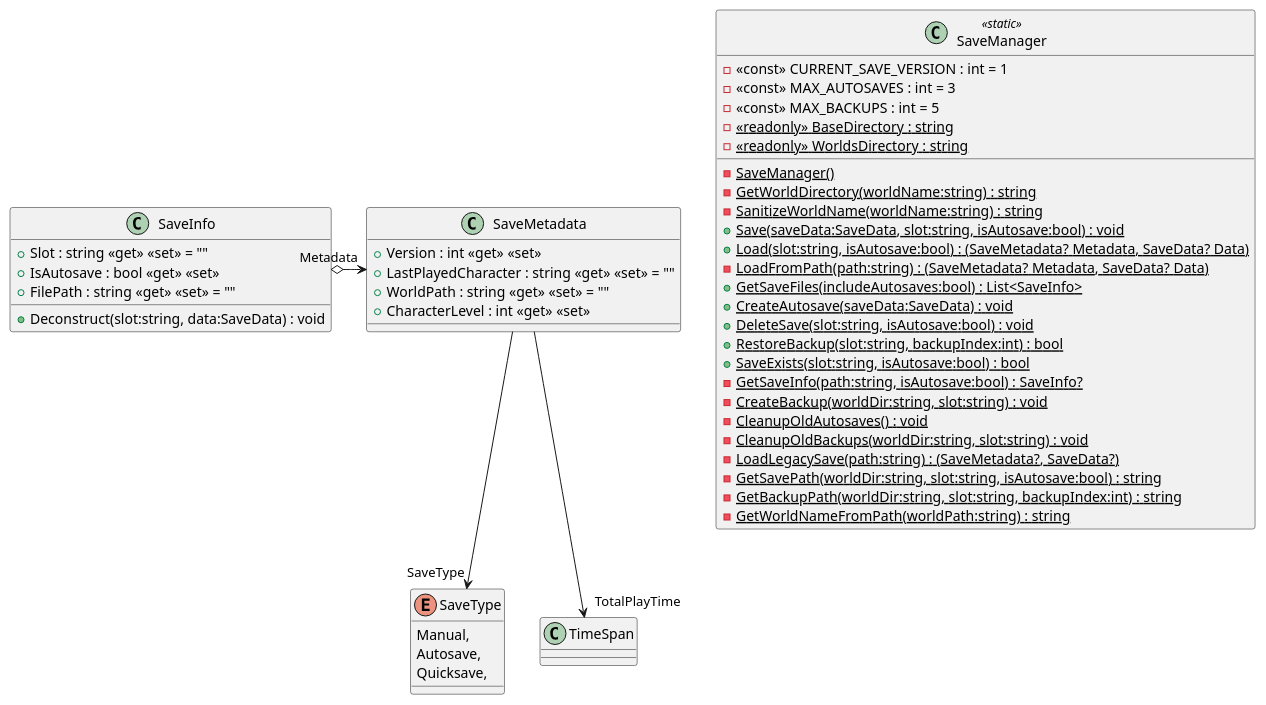
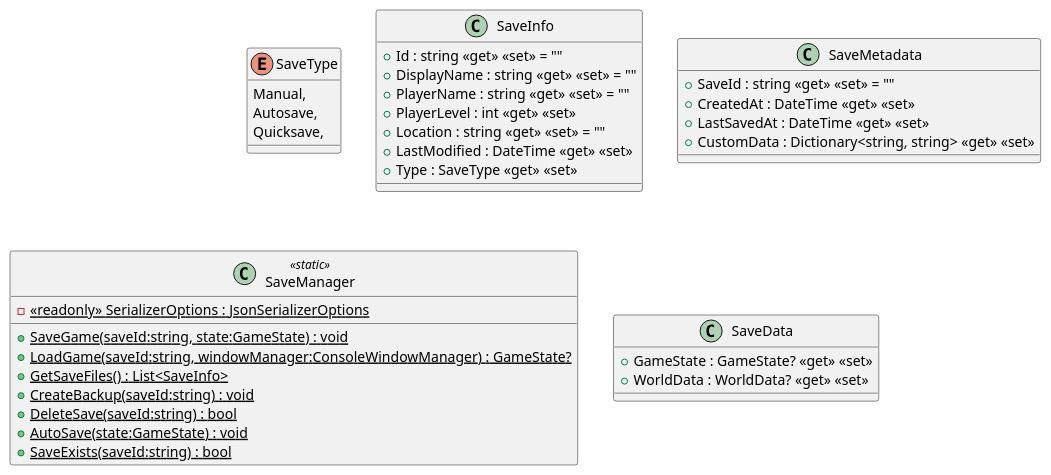
One commit to Beans69584/rpg changed the diagram in RPG/puml_export/src/Save/SaveManager.puml. Above: the diagram before and after it, drawn with PlantUML. The commit also changed 107 other files, not shown here.

```diff
--- a/RPG/puml_export/src/Save/SaveManager.puml
+++ b/RPG/puml_export/src/Save/SaveManager.puml
@@ -1,51 +1,36 @@
 @startuml
-class SaveManager <<static>> {
-    - <<const>> CURRENT_SAVE_VERSION : int = 1
-    - <<const>> MAX_AUTOSAVES : int = 3
-    - <<const>> MAX_BACKUPS : int = 5
-    - {static} <<readonly>> BaseDirectory : string
-    - {static} <<readonly>> WorldsDirectory : string
-    {static} - SaveManager()
-    - {static} GetWorldDirectory(worldName:string) : string
-    - {static} SanitizeWorldName(worldName:string) : string
-    + {static} Save(saveData:SaveData, slot:string, isAutosave:bool) : void
-    + {static} Load(slot:string, isAutosave:bool) : (SaveMetadata? Metadata, SaveData? Data)
-    - {static} LoadFromPath(path:string) : (SaveMetadata? Metadata, SaveData? Data)
-    + {static} GetSaveFiles(includeAutosaves:bool) : List<SaveInfo>
-    + {static} CreateAutosave(saveData:SaveData) : void
-    + {static} DeleteSave(slot:string, isAutosave:bool) : void
-    + {static} RestoreBackup(slot:string, backupIndex:int) : bool
-    + {static} SaveExists(slot:string, isAutosave:bool) : bool
-    - {static} GetSaveInfo(path:string, isAutosave:bool) : SaveInfo?
-    - {static} CreateBackup(worldDir:string, slot:string) : void
-    - {static} CleanupOldAutosaves() : void
-    - {static} CleanupOldBackups(worldDir:string, slot:string) : void
-    - {static} LoadLegacySave(path:string) : (SaveMetadata?, SaveData?)
-    - {static} GetSavePath(worldDir:string, slot:string, isAutosave:bool) : string
-    - {static} GetBackupPath(worldDir:string, slot:string, backupIndex:int) : string
-    - {static} GetWorldNameFromPath(worldPath:string) : string
-}
-class SaveInfo {
-    + Slot : string <<get>> <<set>> = ""
-    + IsAutosave : bool <<get>> <<set>>
-    + FilePath : string <<get>> <<set>> = ""
-    + Deconstruct(slot:string, data:SaveData) : void
-}
-class SaveMetadata {
-    + Version : int <<get>> <<set>>
-    + LastPlayedCharacter : string <<get>> <<set>> = ""
-    + WorldPath : string <<get>> <<set>> = ""
-    + CharacterLevel : int <<get>> <<set>>
-}
 enum SaveType {
     Manual,
     Autosave,
     Quicksave,
 }
-
-SaveInfo o-> "Metadata" SaveMetadata
-
-SaveMetadata --> "TotalPlayTime" TimeSpan
-SaveMetadata --> "SaveType" SaveType
-
+class SaveInfo {
+    + Id : string <<get>> <<set>> = ""
+    + DisplayName : string <<get>> <<set>> = ""
+    + PlayerName : string <<get>> <<set>> = ""
+    + PlayerLevel : int <<get>> <<set>>
+    + Location : string <<get>> <<set>> = ""
+    + LastModified : DateTime <<get>> <<set>>
+    + Type : SaveType <<get>> <<set>>
+}
+class SaveMetadata {
+    + SaveId : string <<get>> <<set>> = ""
+    + CreatedAt : DateTime <<get>> <<set>>
+    + LastSavedAt : DateTime <<get>> <<set>>
+    + CustomData : Dictionary<string, string> <<get>> <<set>>
+}
+class SaveManager <<static>> {
+    - {static} <<readonly>> SerializerOptions : JsonSerializerOptions
+    + {static} SaveGame(saveId:string, state:GameState) : void
+    + {static} LoadGame(saveId:string, windowManager:ConsoleWindowManager) : GameState?
+    + {static} GetSaveFiles() : List<SaveInfo>
+    + {static} CreateBackup(saveId:string) : void
+    + {static} DeleteSave(saveId:string) : bool
+    + {static} AutoSave(state:GameState) : void
+    + {static} SaveExists(saveId:string) : bool
+}
+class SaveData {
+    + GameState : GameState? <<get>> <<set>>
+    + WorldData : WorldData? <<get>> <<set>>
+}
 @enduml
```
